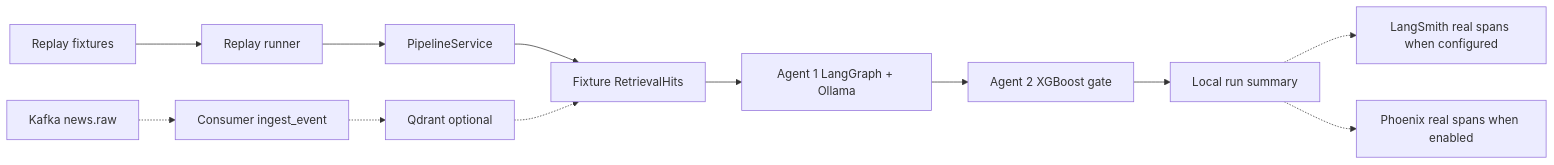
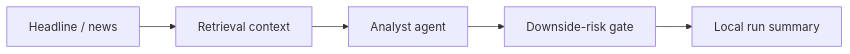
One commit to Alpha-W0lf/alphaguard changed the diagram in README.md. Above: the diagram before and after it, drawn with Mermaid. The commit also changed other lines of this file and 2 other files, not shown here.

First line of the commit message:
Ship sales-first README with designed pipeline proof card.

````diff
--- a/README.md
+++ b/README.md
@@ -61,14 +15,7 @@
 ```mermaid
 flowchart LR
-  FIX[Replay fixtures] --> REPLAY[Replay runner]
-  REPLAY --> PIPE[PipelineService]
-  PIPE --> HITS[Fixture RetrievalHits]
-  HITS --> A1[Agent 1 LangGraph + Ollama]
-  A1 --> A2[Agent 2 XGBoost gate]
-  A2 --> LOCAL[Local run summary]
-  LOCAL -.-> LS[LangSmith real spans when configured]
-  LOCAL -.-> PX[Phoenix real spans when enabled]
-  QDR[Qdrant optional] -.-> HITS
-  KFK[Kafka news.raw] -.-> CONS[Consumer ingest_event]
-  CONS -.-> QDR
+  H[Headline / news] --> R[Retrieval context]
+  R --> A[Analyst agent]
+  A --> G[Downside-risk gate]
+  G --> S[Local run summary]
 ```
````
